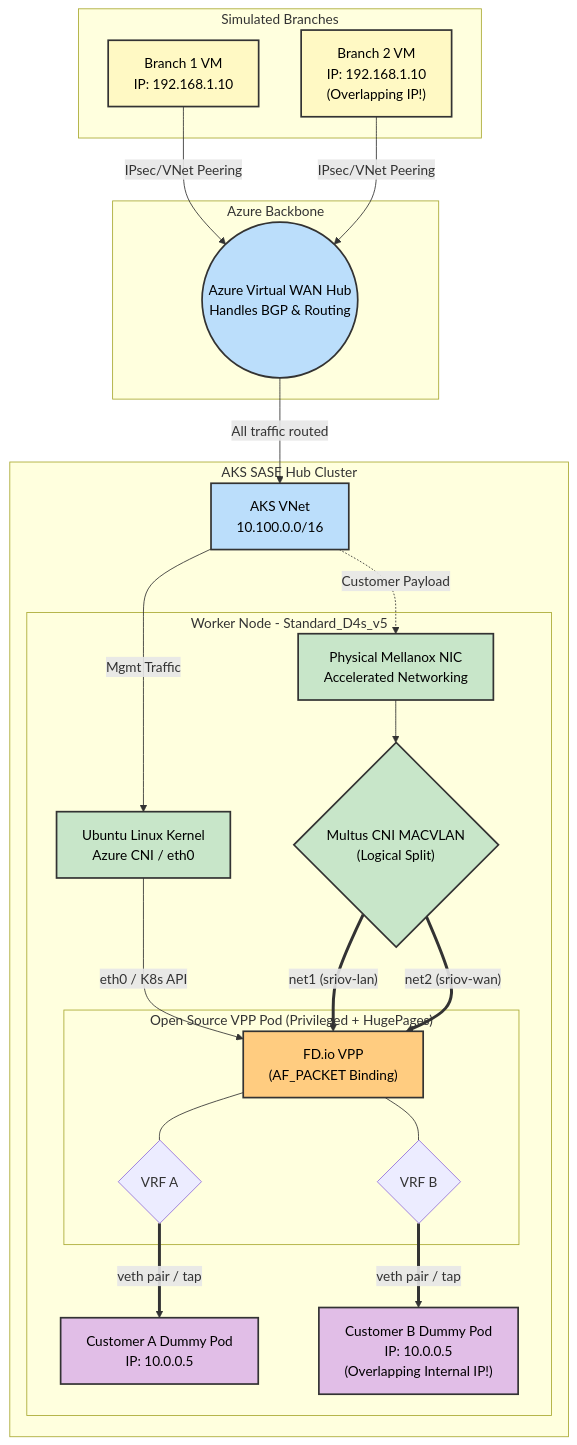
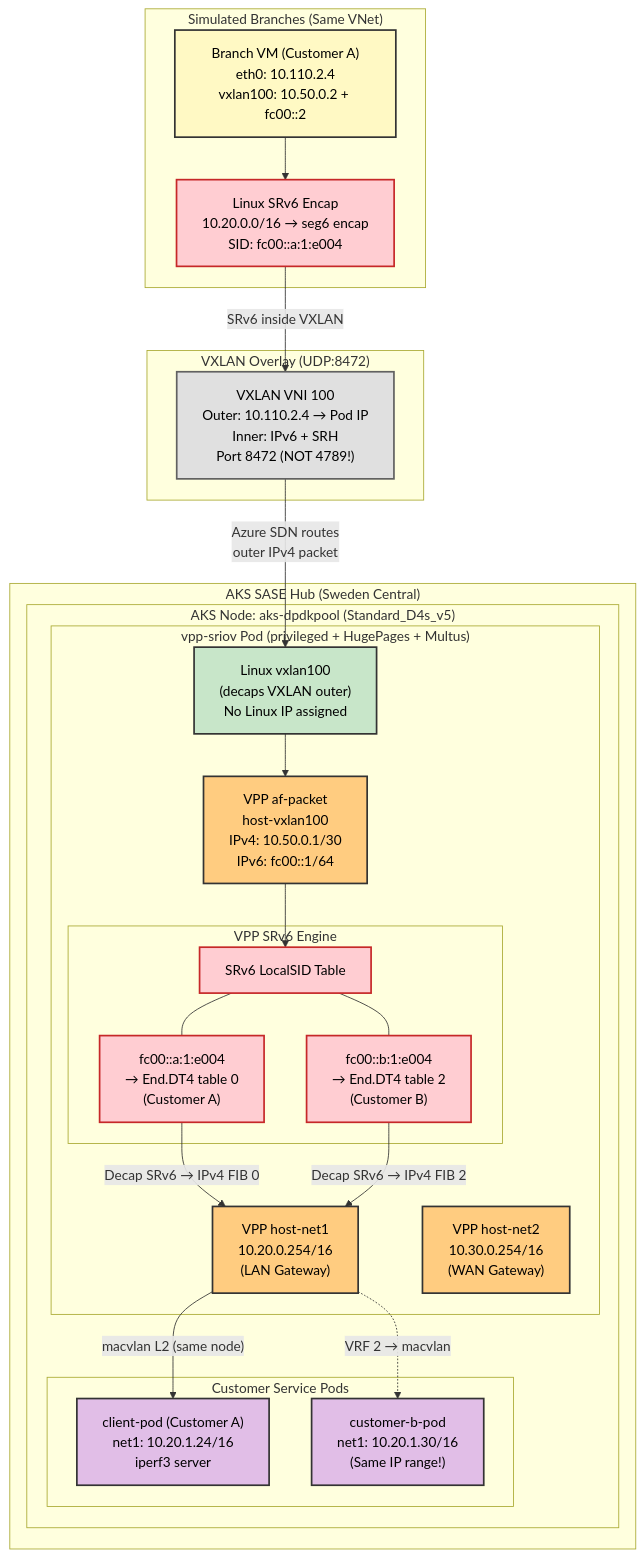
One commit to roie9876/SASE changed the diagram in aks-dpdk-poc/README.md. Above: the diagram before and after it, drawn with Mermaid.

Commit message:
docs: Update mermaid diagram with VXLAN+SRv6 data path

````diff
--- a/aks-dpdk-poc/README.md
+++ b/aks-dpdk-poc/README.md
@@ -92,55 +92,57 @@
 ```mermaid
 graph TD
     classDef branch fill:#fff9c4,stroke:#333,stroke-width:2px,color:#000
     classDef azure fill:#bbdefb,stroke:#333,stroke-width:2px,color:#000
     classDef aks fill:#c8e6c9,stroke:#333,stroke-width:2px,color:#000
     classDef pod fill:#ffcc80,stroke:#333,stroke-width:2px,color:#000
     classDef app fill:#e1bee7,stroke:#333,stroke-width:2px,color:#000
+    classDef srv6 fill:#ffcdd2,stroke:#c62828,stroke-width:2px,color:#000
+    classDef tunnel fill:#e0e0e0,stroke:#616161,stroke-width:2px,color:#000
 
-    subgraph branches ["Simulated Branches"]
-        B1["Branch 1 VM<br/>IP: 192.168.1.10"]:::branch
-        B2["Branch 2 VM<br/>IP: 192.168.1.10<br/>(Overlapping IP!)"]:::branch
+    subgraph branches ["Simulated Branches (Same VNet)"]
+        B1["Branch VM (Customer A)<br/>eth0: 10.110.2.4<br/>vxlan100: 10.50.0.2 + fc00::2"]:::branch
+        B1_ENC["Linux SRv6 Encap<br/>10.20.0.0/16 → seg6 encap<br/>SID: fc00::a:1:e004"]:::srv6
+        B1 --> B1_ENC
     end
 
-    subgraph backbone ["Azure Backbone"]
-        vWAN(("Azure Virtual WAN Hub<br/>Handles BGP & Routing")):::azure
-        
-        B1 -->|IPsec/VNet Peering| vWAN
-        B2 -->|IPsec/VNet Peering| vWAN
+    subgraph tunnel_layer ["VXLAN Overlay (UDP:8472)"]
+        VXLAN_TUN["VXLAN VNI 100<br/>Outer: 10.110.2.4 → Pod IP<br/>Inner: IPv6 + SRH<br/>Port 8472 (NOT 4789!)"]:::tunnel
+        B1_ENC -->|"SRv6 inside VXLAN"| VXLAN_TUN
     end
 
-    subgraph akshub ["AKS SASE Hub Cluster"]
-        AKS_VNET["AKS VNet<br/>10.100.0.0/16"]:::azure
-        
-        subgraph workernode ["Worker Node - Standard_D4s_v5"]
-            NODE_OS["Ubuntu Linux Kernel<br/>Azure CNI / eth0"]:::aks
-            NIC1["Physical Mellanox NIC<br/>Accelerated Networking"]:::aks
+    subgraph akshub ["AKS SASE Hub (Sweden Central)"]
+        subgraph workernode ["AKS Node: aks-dpdkpool (Standard_D4s_v5)"]
             
-            MULTUS{"Multus CNI MACVLAN<br/>(Logical Split)"}:::aks
-            NIC1 --> MULTUS
-            
-            subgraph vpppod ["Open Source VPP Pod (Privileged + HugePages)"]
-                VPP["FD.io VPP<br/>(AF_PACKET Binding)"]:::pod
-                VRF_A{VRF A}
-                VRF_B{VRF B}
-                
-                VPP --- VRF_A
-                VPP --- VRF_B
+            subgraph vpppod ["vpp-sriov Pod (privileged + HugePages + Multus)"]
+                LINUX_VXLAN["Linux vxlan100<br/>(decaps VXLAN outer)<br/>No Linux IP assigned"]:::aks
+                AFPACKET["VPP af-packet<br/>host-vxlan100<br/>IPv4: 10.50.0.1/30<br/>IPv6: fc00::1/64"]:::pod
+
+                subgraph srv6_engine ["VPP SRv6 Engine"]
+                    SRV6_TABLE["SRv6 LocalSID Table"]:::srv6
+                    SID_A["fc00::a:1:e004<br/>→ End.DT4 table 0<br/>(Customer A)"]:::srv6
+                    SID_B["fc00::b:1:e004<br/>→ End.DT4 table 2<br/>(Customer B)"]:::srv6
+                    SRV6_TABLE --- SID_A
+                    SRV6_TABLE --- SID_B
+                end
+
+                VPP_LAN["VPP host-net1<br/>10.20.0.254/16<br/>(LAN Gateway)"]:::pod
+                VPP_WAN["VPP host-net2<br/>10.30.0.254/16<br/>(WAN Gateway)"]:::pod
+
+                LINUX_VXLAN --> AFPACKET
+                AFPACKET --> SRV6_TABLE
+                SID_A -->|"Decap SRv6 → IPv4 FIB 0"| VPP_LAN
+                SID_B -->|"Decap SRv6 → IPv4 FIB 2"| VPP_LAN
             end
-            
-            PODA["Customer A Dummy Pod<br/>IP: 10.0.0.5"]:::app
-            PODB["Customer B Dummy Pod<br/>IP: 10.0.0.5<br/>(Overlapping Internal IP!)"]:::app
+
+            subgraph client_pods ["Customer Service Pods"]
+                PODA["client-pod (Customer A)<br/>net1: 10.20.1.24/16<br/>iperf3 server"]:::app
+                PODB["customer-b-pod<br/>net1: 10.20.1.30/16<br/>(Same IP range!)"]:::app
+            end
+
+            VPP_LAN -->|"macvlan L2 (same node)"| PODA
+            VPP_LAN -.->|"VRF 2 → macvlan"| PODB
         end
     end
 
-    vWAN -->|All traffic routed| AKS_VNET
-    AKS_VNET -->|Mgmt Traffic| NODE_OS
-    AKS_VNET -.->|Customer Payload| NIC1
-    
-    NODE_OS -->|"eth0 / K8s API"| VPP
-    MULTUS == "net1 (sriov-lan)" ==> VPP
-    MULTUS == "net2 (sriov-wan)" ==> VPP
-    
-    VRF_A == "veth pair / tap" ==> PODA
-    VRF_B == "veth pair / tap" ==> PODB
+    VXLAN_TUN -->|"Azure SDN routes<br/>outer IPv4 packet"| LINUX_VXLAN
 ```
````
